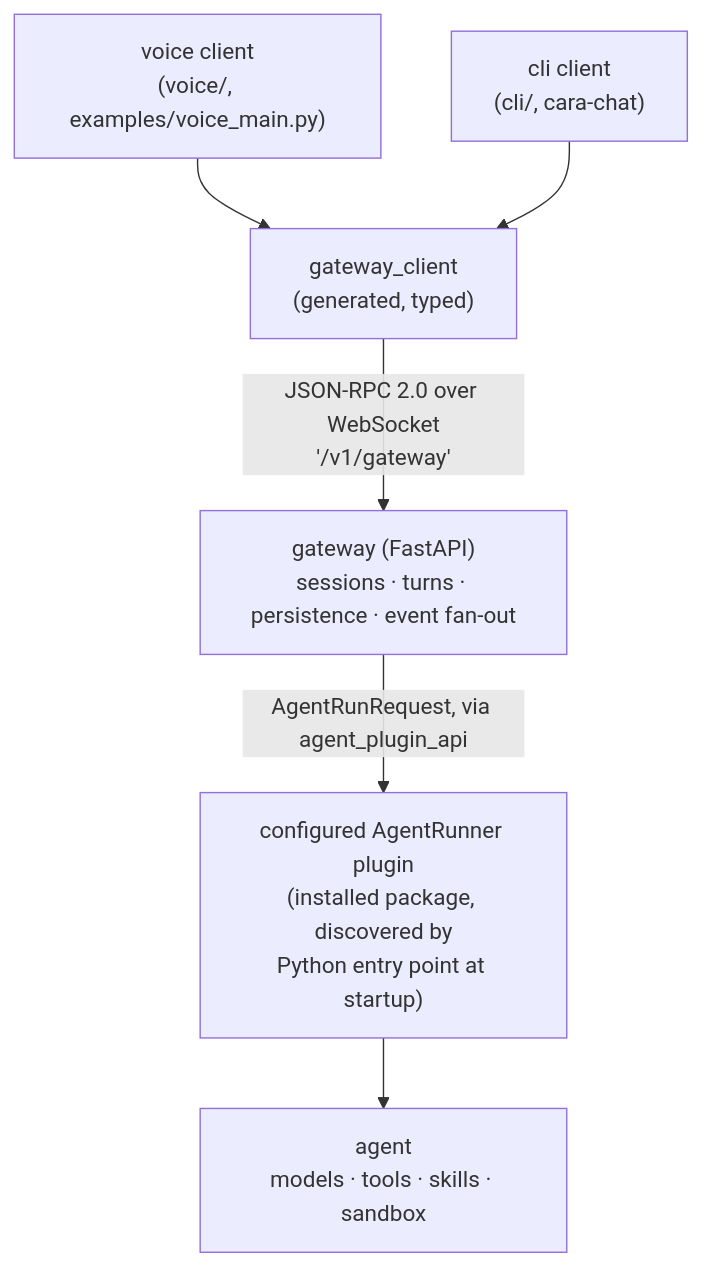
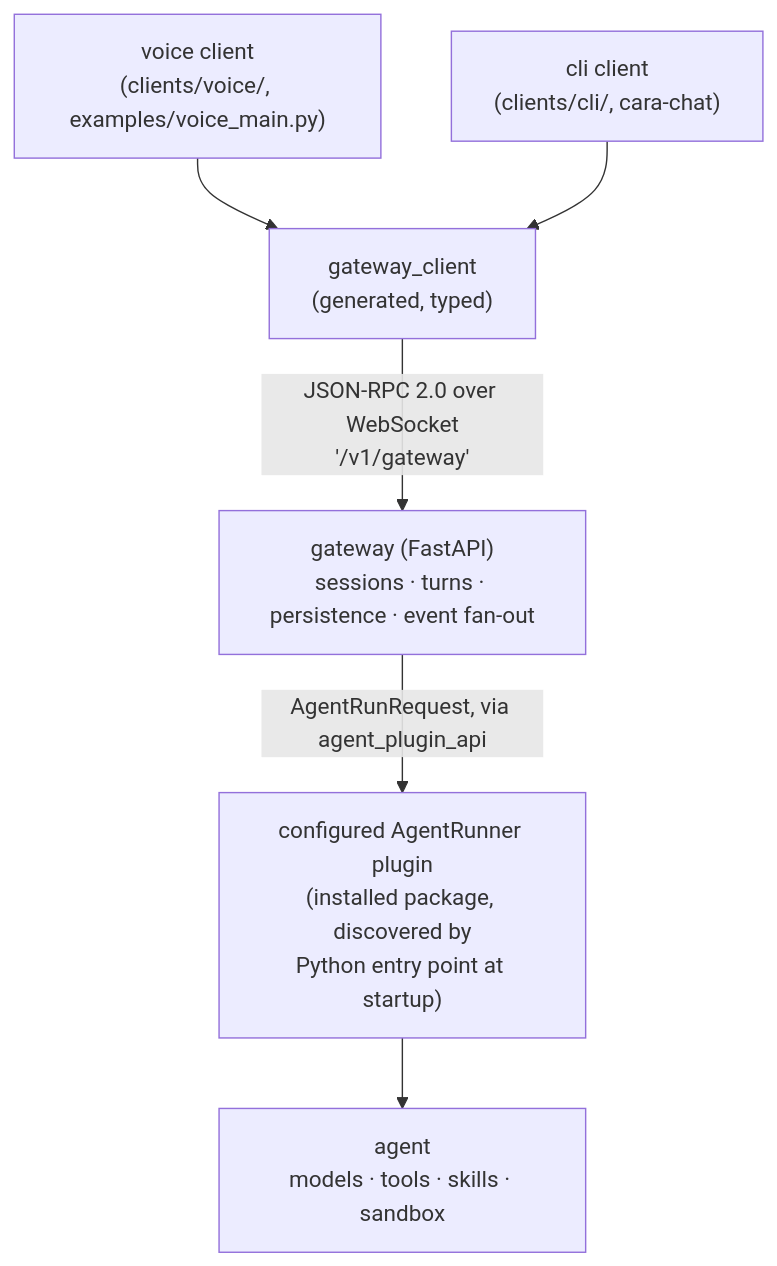
One commit to mathisarends/cara changed the first of 2 diagrams in README.md. Above: the diagram before and after it, drawn with Mermaid. The commit also changed other lines of this file and 163 other files, not shown here.

First line of the commit message:
Group cli and voice clients under clients/

````diff
--- a/README.md
+++ b/README.md
@@ -33,15 +33,15 @@
 ```mermaid
 flowchart TD
-    Voice["voice client<br/>(voice/, examples/voice_main.py)"]
-    Cli["cli client<br/>(cli/, cara-chat)"]
+    Voice["voice client<br/>(clients/voice/, examples/voice_main.py)"]
+    Cli["cli client<br/>(clients/cli/, cara-chat)"]
     Client["gateway_client<br/>(generated, typed)"]
     Gateway["gateway (FastAPI)<br/>sessions · turns · persistence · event fan-out"]
     Plugin["configured AgentRunner plugin<br/>(installed package, discovered by<br/>Python entry point at startup)"]
     Agent["agent<br/>models · tools · skills · sandbox"]
 
     Voice --> Client
     Cli --> Client
     Client -- "JSON-RPC 2.0 over WebSocket<br/>'/v1/gateway'" --> Gateway
     Gateway -- "AgentRunRequest, via agent_plugin_api" --> Plugin
     Plugin --> Agent
 ```
````
